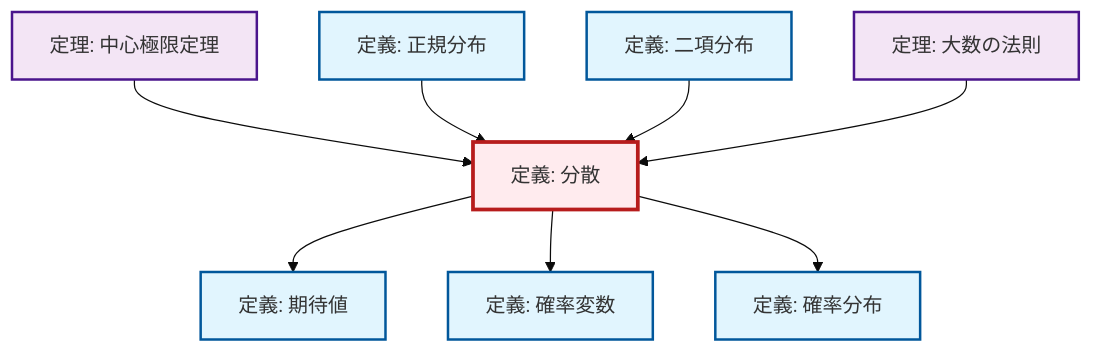
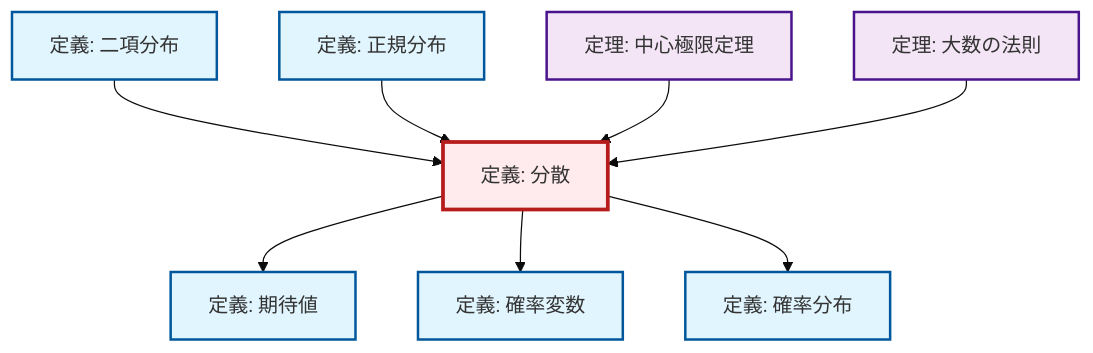
One commit to RK0429/ModernMath changed the second of 2 diagrams in content/ja/probability-statistics/def-variance.qmd. Above: the diagram before and after it, drawn with Mermaid (base theme). The commit also changed other lines of this file and 1012 other files, not shown here.

````diff
--- a/content/ja/probability-statistics/def-variance.qmd
+++ b/content/ja/probability-statistics/def-variance.qmd
@@ -103,32 +103,32 @@
 ```{mermaid}
 %%| fig-cap: "Local dependency graph"
 graph TD
     classDef definition fill:#e1f5fe,stroke:#01579b,stroke-width:2px
     classDef theorem fill:#f3e5f5,stroke:#4a148c,stroke-width:2px
     classDef axiom fill:#fff3e0,stroke:#e65100,stroke-width:2px
     classDef example fill:#e8f5e9,stroke:#1b5e20,stroke-width:2px
     classDef current fill:#ffebee,stroke:#b71c1c,stroke-width:3px
+    def-probability-distribution["定義: 確率分布"]:::definition
     def-expectation["定義: 期待値"]:::definition
+    def-random-variable["定義: 確率変数"]:::definition
+    def-binomial-distribution["定義: 二項分布"]:::definition
+    thm-law-of-large-numbers["定理: 大数の法則"]:::theorem
+    def-normal-distribution["定義: 正規分布"]:::definition
     thm-central-limit["定理: 中心極限定理"]:::theorem
-    def-binomial-distribution["定義: 二項分布"]:::definition
-    def-random-variable["定義: 確率変数"]:::definition
     def-variance["定義: 分散"]:::definition
-    thm-law-of-large-numbers["定理: 大数の法則"]:::theorem
-    def-probability-distribution["定義: 確率分布"]:::definition
-    def-normal-distribution["定義: 正規分布"]:::definition
+    def-binomial-distribution --> def-variance
+    def-normal-distribution --> def-variance
     def-variance --> def-expectation
+    def-variance --> def-random-variable
     thm-central-limit --> def-variance
-    def-variance --> def-random-variable
-    def-normal-distribution --> def-variance
-    def-binomial-distribution --> def-variance
     thm-law-of-large-numbers --> def-variance
     def-variance --> def-probability-distribution
     class def-variance current
+    click def-probability-distribution "def-probability-distribution.html" "確率分布の定義へ"
     click def-expectation "def-expectation.html" "期待値の定義へ"
+    click def-random-variable "def-random-variable.html" "確率変数の定義へ"
+    click def-binomial-distribution "def-binomial-distribution.html" "二項分布の定義へ"
+    click thm-law-of-large-numbers "thm-law-of-large-numbers.html" "大数の法則の定理へ"
+    click def-normal-distribution "def-normal-distribution.html" "正規分布の定義へ"
     click thm-central-limit "thm-central-limit.html" "中心極限定理の定理へ"
-    click def-binomial-distribution "def-binomial-distribution.html" "二項分布の定義へ"
-    click def-random-variable "def-random-variable.html" "確率変数の定義へ"
-    click thm-law-of-large-numbers "thm-law-of-large-numbers.html" "大数の法則の定理へ"
-    click def-probability-distribution "def-probability-distribution.html" "確率分布の定義へ"
-    click def-normal-distribution "def-normal-distribution.html" "正規分布の定義へ"
 ```
````
